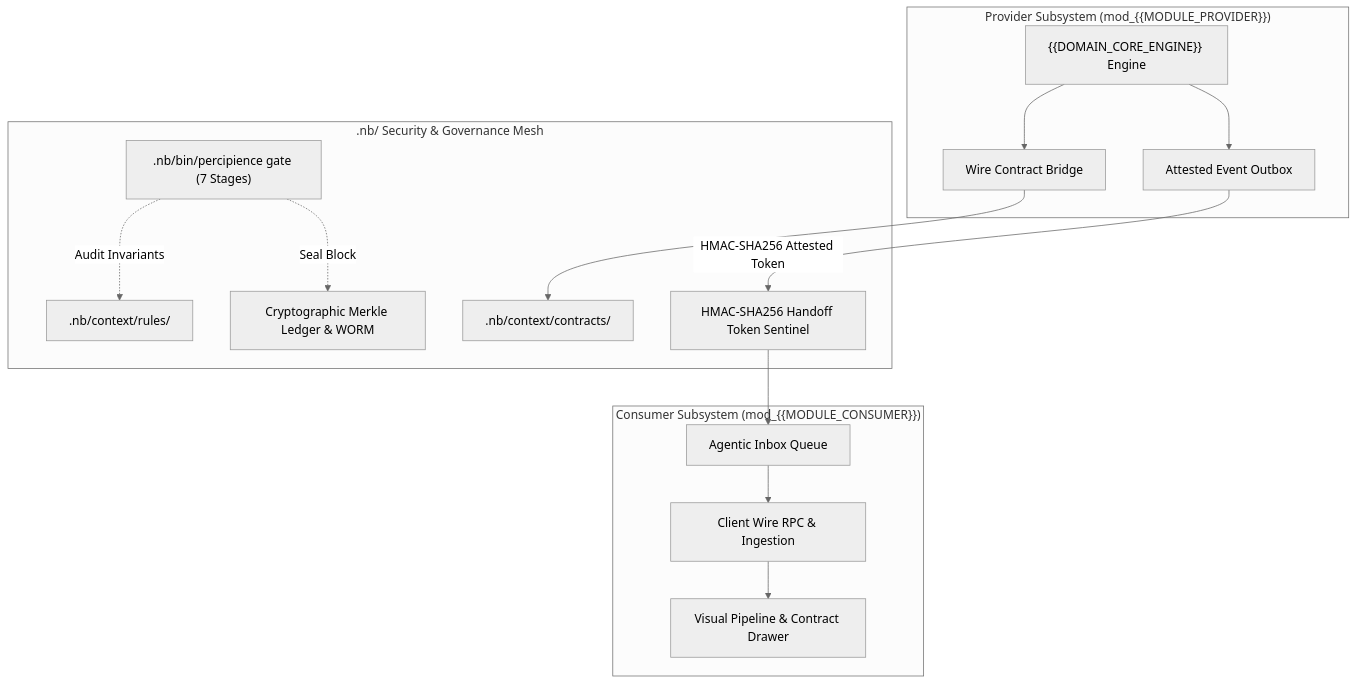
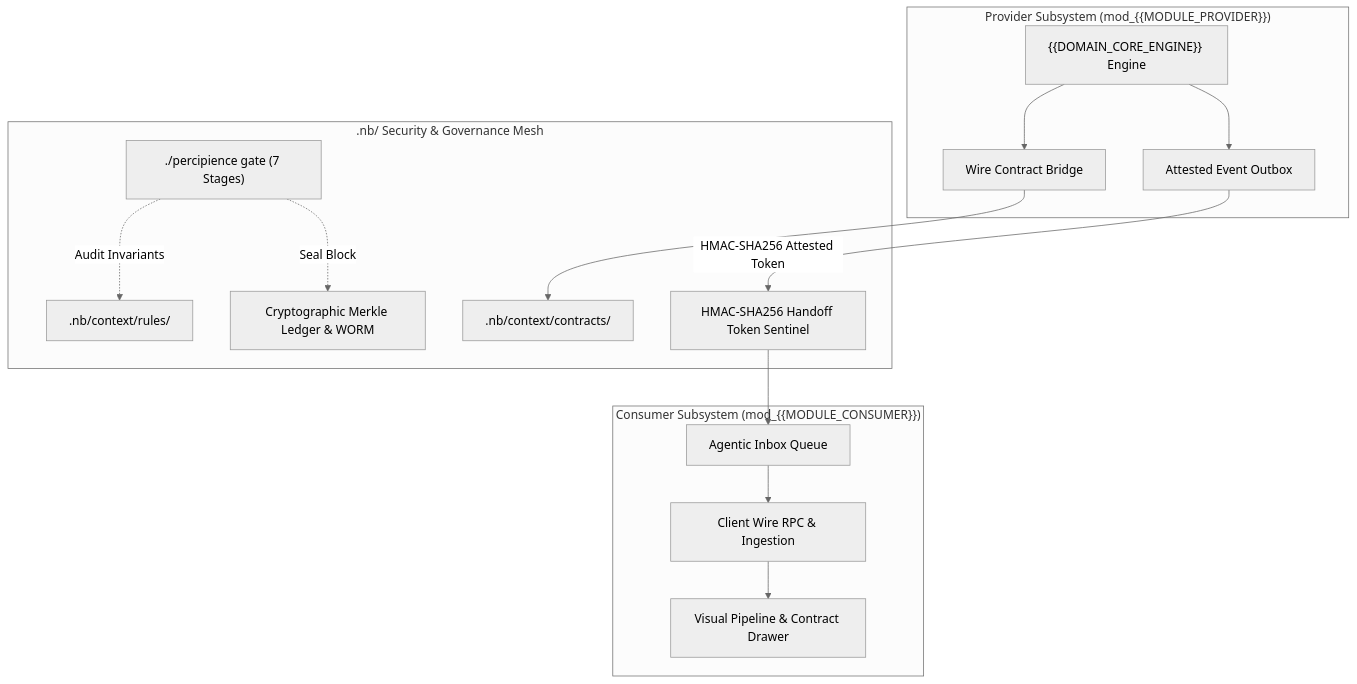
The diagram in .nb/plan/templates/concise.md (lakhwindersingh/nb_antwalk), drawn with Mermaid (neutral theme) before and after one commit. The commit also changed other lines of this file and 121 other files, not shown here.

````diff
--- a/.nb/plan/templates/concise.md
+++ b/.nb/plan/templates/concise.md
@@ -50,32 +50,32 @@
 ```mermaid
 graph TD
   subgraph Provider_Space["Provider Subsystem (mod_{{MODULE_PROVIDER}})"]
     CoreEngine["{{DOMAIN_CORE_ENGINE}} Engine"]
     ContractBridge["Wire Contract Bridge"]
     OutboxQueue["Attested Event Outbox"]
   end
 
   subgraph Consumer_Space["Consumer Subsystem (mod_{{MODULE_CONSUMER}})"]
     ClientRpc["Client Wire RPC & Ingestion"]
     InboxQueue["Agentic Inbox Queue"]
     PipelineDrawer["Visual Pipeline & Contract Drawer"]
   end
 
   subgraph Governance_Mesh[".nb/ Security & Governance Mesh"]
     DomainContracts[".nb/context/contracts/"]
     DomainRules[".nb/context/rules/"]
     TokenValidator["HMAC-SHA256 Handoff Token Sentinel"]
-    PlatformGate[".nb/bin/percipience gate (7 Stages)"]
+    PlatformGate["./percipience gate (7 Stages)"]
     MerkleChain["Cryptographic Merkle Ledger & WORM"]
   end
 
   CoreEngine --> ContractBridge
   ContractBridge --> DomainContracts
   CoreEngine --> OutboxQueue
   OutboxQueue -->|HMAC-SHA256 Attested Token| TokenValidator
   TokenValidator --> InboxQueue
   InboxQueue --> ClientRpc
   ClientRpc --> PipelineDrawer
   PlatformGate -.->|Audit Invariants| DomainRules
   PlatformGate -.->|Seal Block| MerkleChain
 ```
````
